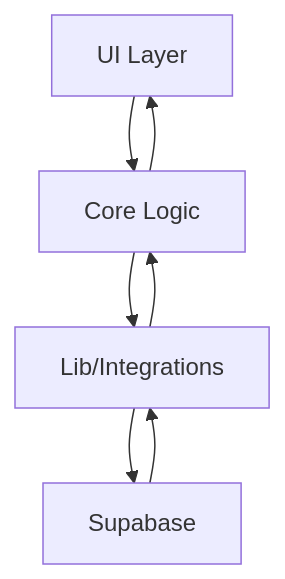
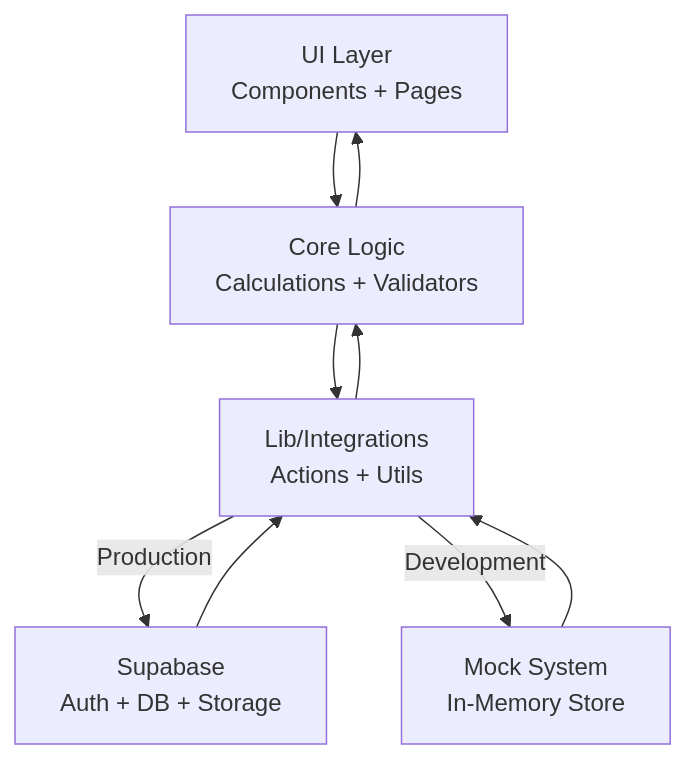
One commit to jaimemacadar/saas-valuation changed the first of 2 diagrams in .context/docs/architecture.md. Above: the diagram before and after it, drawn with Mermaid. The commit also changed other lines of this file and 32 other files, not shown here.

````diff
--- a/.context/docs/architecture.md
+++ b/.context/docs/architecture.md
@@ -80,13 +107,19 @@
 ```mermaid
 flowchart TD
-	UI[UI Layer]
-	CORE[Core Logic]
-	LIB[Lib/Integrations]
-	SUPA[Supabase]
+	UI[UI Layer<br/>Components + Pages]
+	CORE[Core Logic<br/>Calculations + Validators]
+	LIB[Lib/Integrations<br/>Actions + Utils]
+	MOCK[Mock System<br/>In-Memory Store]
+	SUPA[Supabase<br/>Auth + DB + Storage]
+
 	UI --> CORE
 	CORE --> LIB
-	LIB --> SUPA
+
+	LIB --> |Production| SUPA
+	LIB --> |Development| MOCK
+
 	SUPA --> LIB
+	MOCK --> LIB
 	LIB --> CORE
 	CORE --> UI
 ```
````
